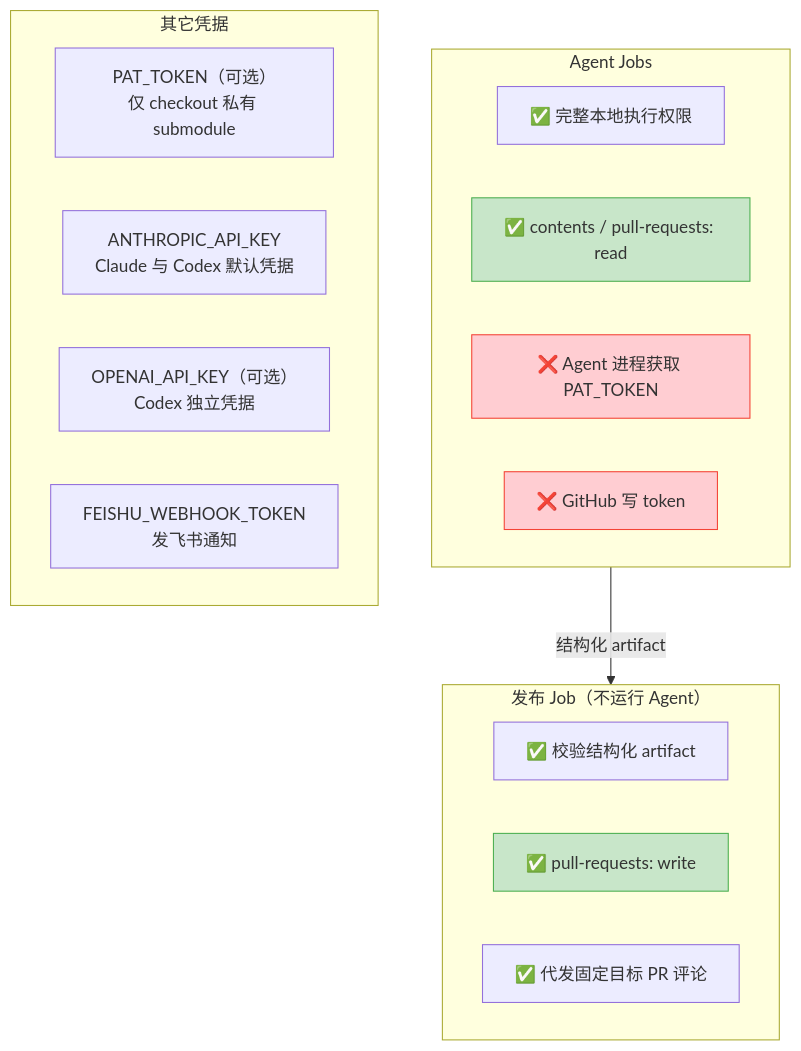
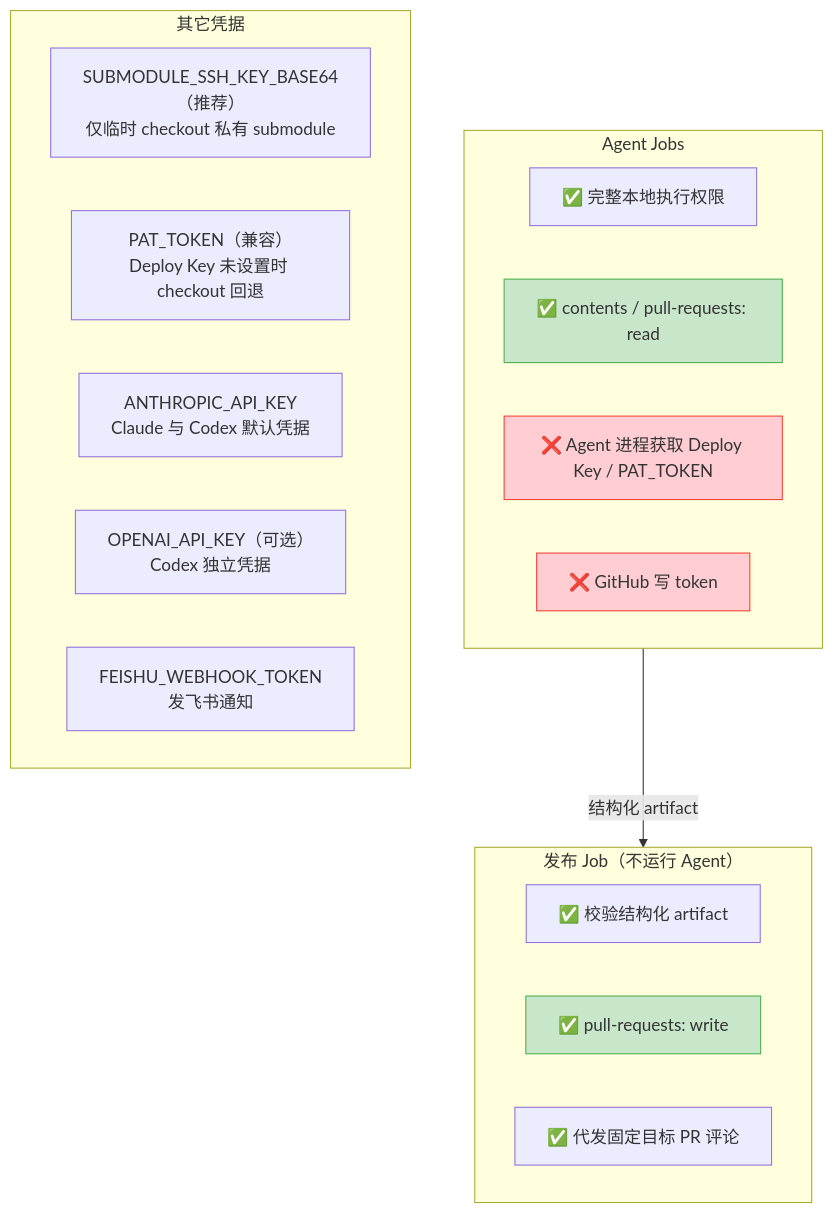
Diagram 11 of 13 in docs/code-review-design.md (Lightspeed-Intelligence/agentic-workflow-template), drawn with Mermaid before and after one commit. The commit also changed 14 other files, not shown here.

First line of the commit message:
ci: support deploy-key submodules

````diff
--- a/docs/code-review-design.md
+++ b/docs/code-review-design.md
@@ -370,29 +370,30 @@
 ```mermaid
 graph TD
     subgraph review_jobs["Agent Jobs"]
         local["✅ 完整本地执行权限"]
         read["✅ contents / pull-requests: read"]
-        no_pat["❌ Agent 进程获取 PAT_TOKEN"]
+        no_pat["❌ Agent 进程获取 Deploy Key / PAT_TOKEN"]
         no_write["❌ GitHub 写 token"]
     end
 
     subgraph publish_job["发布 Job（不运行 Agent）"]
         validate["✅ 校验结构化 artifact"]
         pr_write["✅ pull-requests: write"]
         comment["✅ 代发固定目标 PR 评论"]
     end
 
     subgraph tokens["其它凭据"]
-        pat["PAT_TOKEN（可选）<br/>仅 checkout 私有 submodule"]
+        deploy["SUBMODULE_SSH_KEY_BASE64（推荐）<br/>仅临时 checkout 私有 submodule"]
+        pat["PAT_TOKEN（兼容）<br/>Deploy Key 未设置时 checkout 回退"]
         ak["ANTHROPIC_API_KEY<br/>Claude 与 Codex 默认凭据"]
         oak["OPENAI_API_KEY（可选）<br/>Codex 独立凭据"]
         fw["FEISHU_WEBHOOK_TOKEN<br/>发飞书通知"]
     end
 
     review_jobs -->|结构化 artifact| publish_job
 
     style no_pat fill:#ffcdd2,stroke:#f44336
     style no_write fill:#ffcdd2,stroke:#f44336
     style read fill:#c8e6c9,stroke:#4CAF50
     style pr_write fill:#c8e6c9,stroke:#4CAF50
 ```
````
